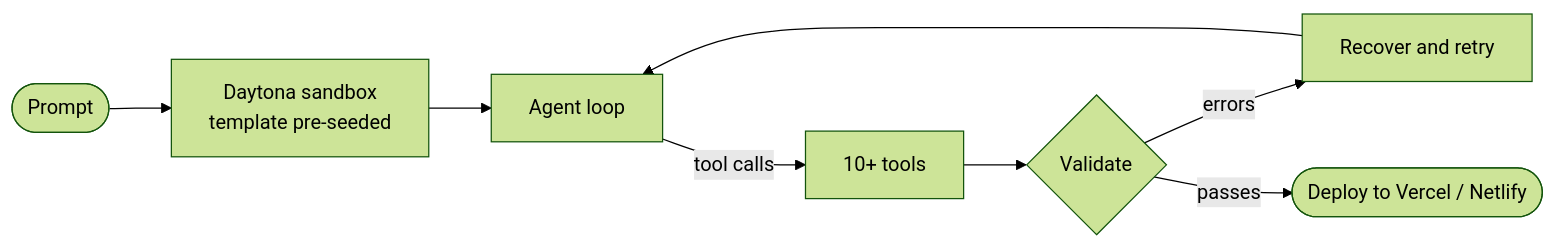
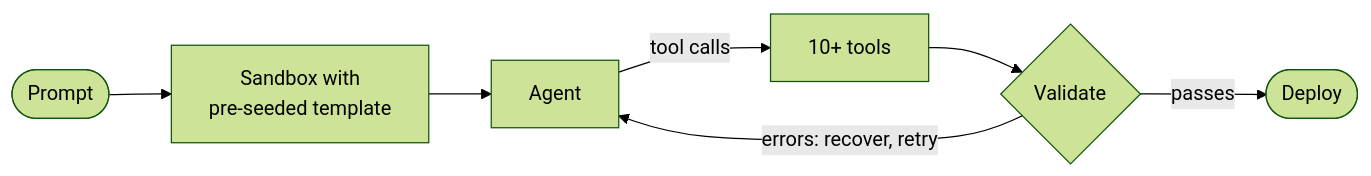
One commit to Chebaleomkar/Chebaleomkar changed the diagram in README.md. Above: the diagram before and after it, drawn with Mermaid (forest theme). The commit also changed other lines of this file, not shown here.

Commit message:
tighten harness diagram and project list

````diff
--- a/README.md
+++ b/README.md
@@ -15,10 +15,9 @@
 ```mermaid
 flowchart LR
-    P([Prompt]) --> S[Daytona sandbox<br/>template pre-seeded]
-    S --> A[Agent loop]
+    P([Prompt]) --> S[Sandbox with<br/>pre-seeded template]
+    S --> A[Agent]
     A -- tool calls --> T[10+ tools]
     T --> V{Validate}
-    V -- errors --> R[Recover and retry]
-    R --> A
-    V -- passes --> D([Deploy to Vercel / Netlify])
+    V -- errors: recover, retry --> A
+    V -- passes --> D([Deploy])
 ```
````
